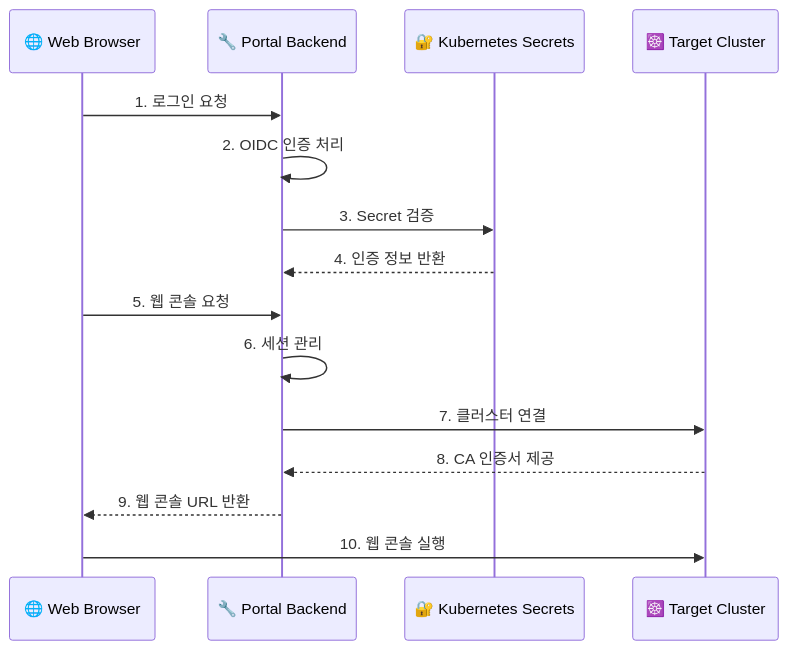
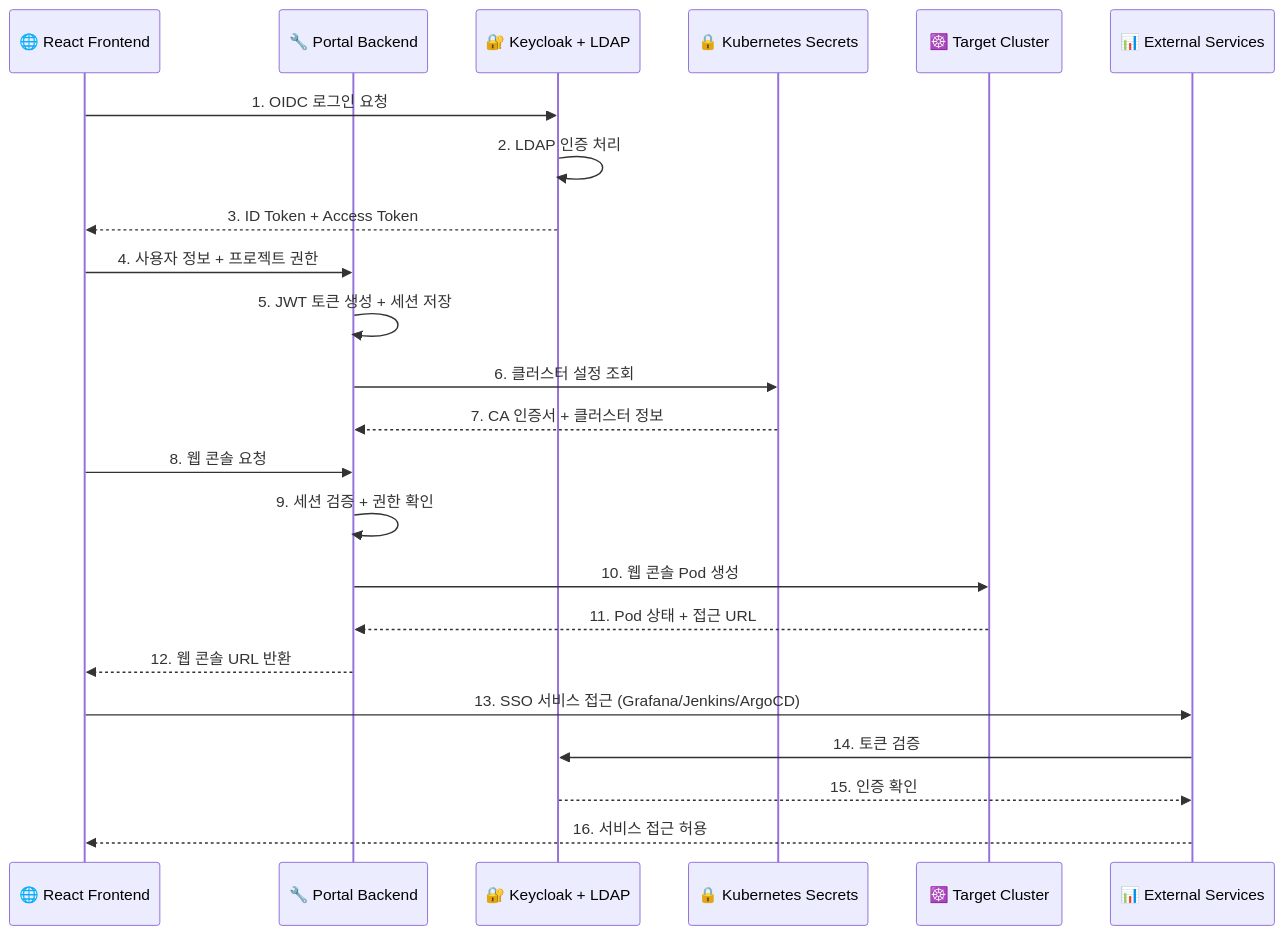
One commit to garlicKim21/user-portal changed the second of 2 diagrams in README.md. Above: the diagram before and after it, drawn with Mermaid. The commit also changed other lines of this file and 2 other files, not shown here.

````diff
--- a/README.md
+++ b/README.md
@@ -61,20 +68,28 @@
 ```mermaid
 sequenceDiagram
-    participant Browser as 🌐 Web Browser
+    participant Browser as 🌐 React Frontend
     participant Backend as 🔧 Portal Backend
-    participant Secrets as 🔐 Kubernetes Secrets
+    participant Keycloak as 🔐 Keycloak + LDAP
+    participant Secrets as 🔒 Kubernetes Secrets
     participant K8s as ☸️ Target Cluster
+    participant Services as 📊 External Services
 
-    Browser->>Backend: 1. 로그인 요청
-    Backend->>Backend: 2. OIDC 인증 처리
-    Backend->>Secrets: 3. Secret 검증
-    Secrets-->>Backend: 4. 인증 정보 반환
+    Browser->>Keycloak: 1. OIDC 로그인 요청
+    Keycloak->>Keycloak: 2. LDAP 인증 처리
+    Keycloak-->>Browser: 3. ID Token + Access Token
+    Browser->>Backend: 4. 사용자 정보 + 프로젝트 권한
+    Backend->>Backend: 5. JWT 토큰 생성 + 세션 저장
+    Backend->>Secrets: 6. 클러스터 설정 조회
+    Secrets-->>Backend: 7. CA 인증서 + 클러스터 정보
     
-    Browser->>Backend: 5. 웹 콘솔 요청
-    Backend->>Backend: 6. 세션 관리
-    Backend->>K8s: 7. 클러스터 연결
-    K8s-->>Backend: 8. CA 인증서 제공
+    Browser->>Backend: 8. 웹 콘솔 요청
+    Backend->>Backend: 9. 세션 검증 + 권한 확인
+    Backend->>K8s: 10. 웹 콘솔 Pod 생성
+    K8s-->>Backend: 11. Pod 상태 + 접근 URL
+    Backend-->>Browser: 12. 웹 콘솔 URL 반환
     
-    Backend-->>Browser: 9. 웹 콘솔 URL 반환
-    Browser->>K8s: 10. 웹 콘솔 실행
+    Browser->>Services: 13. SSO 서비스 접근 (Grafana/Jenkins/ArgoCD)
+    Services->>Keycloak: 14. 토큰 검증
+    Keycloak-->>Services: 15. 인증 확인
+    Services-->>Browser: 16. 서비스 접근 허용
 ```
````
